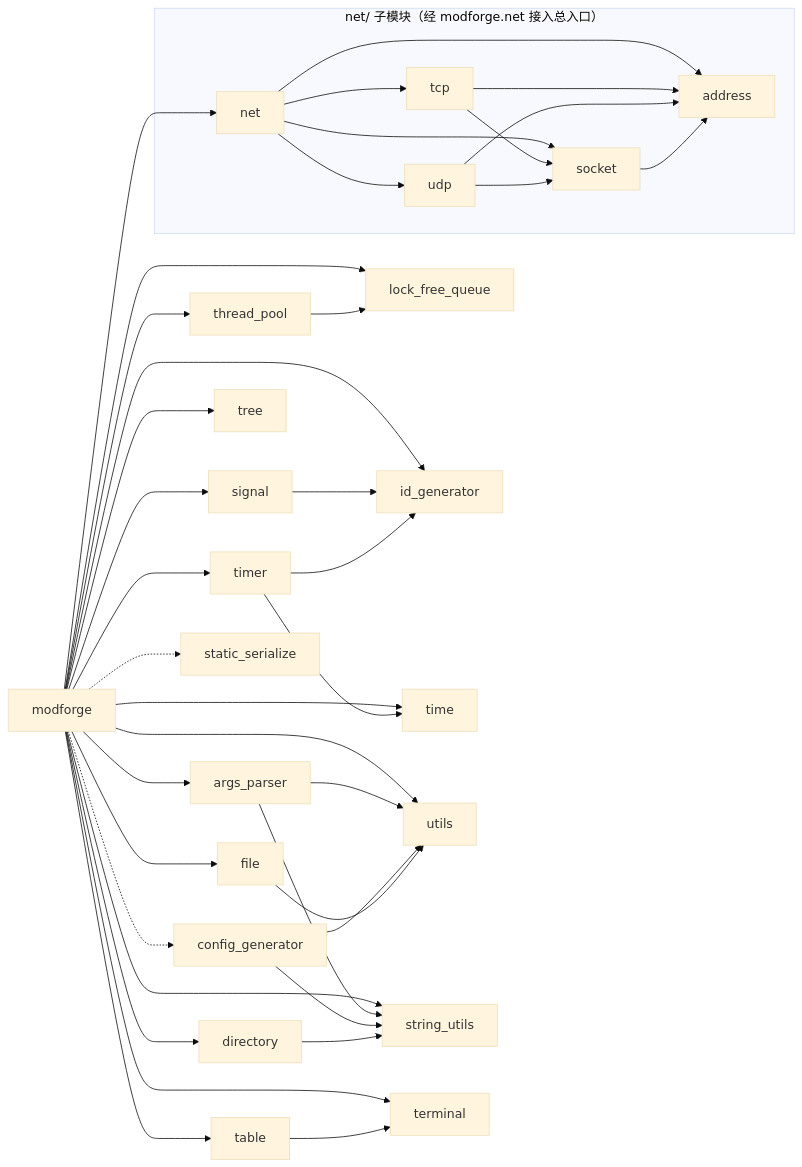
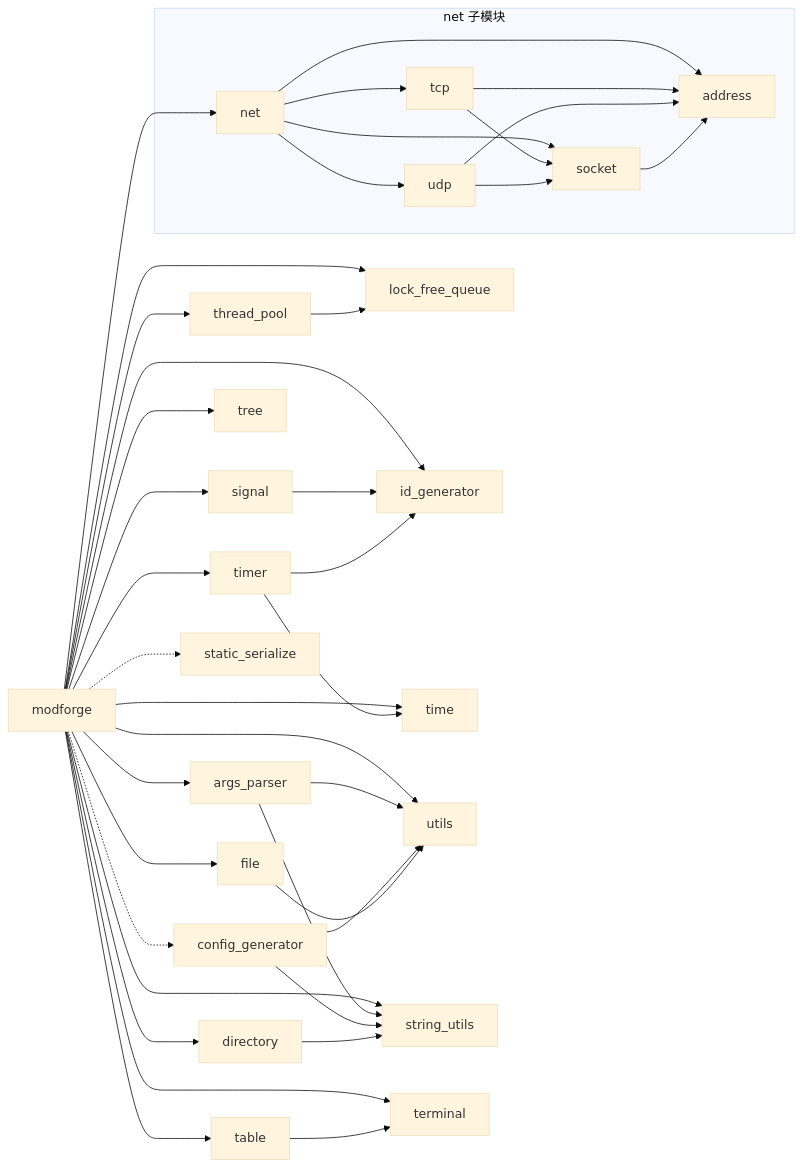
Before and after one commit to hexne/modforge: the diagram in README.md, drawn with Mermaid (base theme).

Commit message:
修复README

````diff
--- a/README.md
+++ b/README.md
@@ -54,44 +54,44 @@
 ```mermaid
 graph LR
     modforge --> args_parser
     modforge --> directory
     modforge --> file
     modforge --> lock_free_queue
     modforge --> id_generator
     modforge --> thread_pool
     modforge --> time
     modforge --> timer
     modforge --> tree
     modforge --> utils
     modforge --> string_utils
     modforge --> signal
     modforge --> terminal
     modforge --> table
     modforge -.-> static_serialize
     modforge -.-> config_generator
     modforge --> net
 
     args_parser --> string_utils
     args_parser --> utils
     config_generator --> string_utils
     config_generator --> utils
     directory --> string_utils
     file --> utils
     thread_pool --> lock_free_queue
     signal --> id_generator
     timer --> id_generator
     timer --> time
     table --> terminal
 
-    subgraph net_group["net/ 子模块（经 modforge.net 接入总入口）"]
+    subgraph net_group["net 子模块"]
         net --> tcp
         net --> udp
         net --> socket
         net --> address
         tcp --> socket
         tcp --> address
         udp --> socket
         udp --> address
         socket --> address
     end
 ```
````
